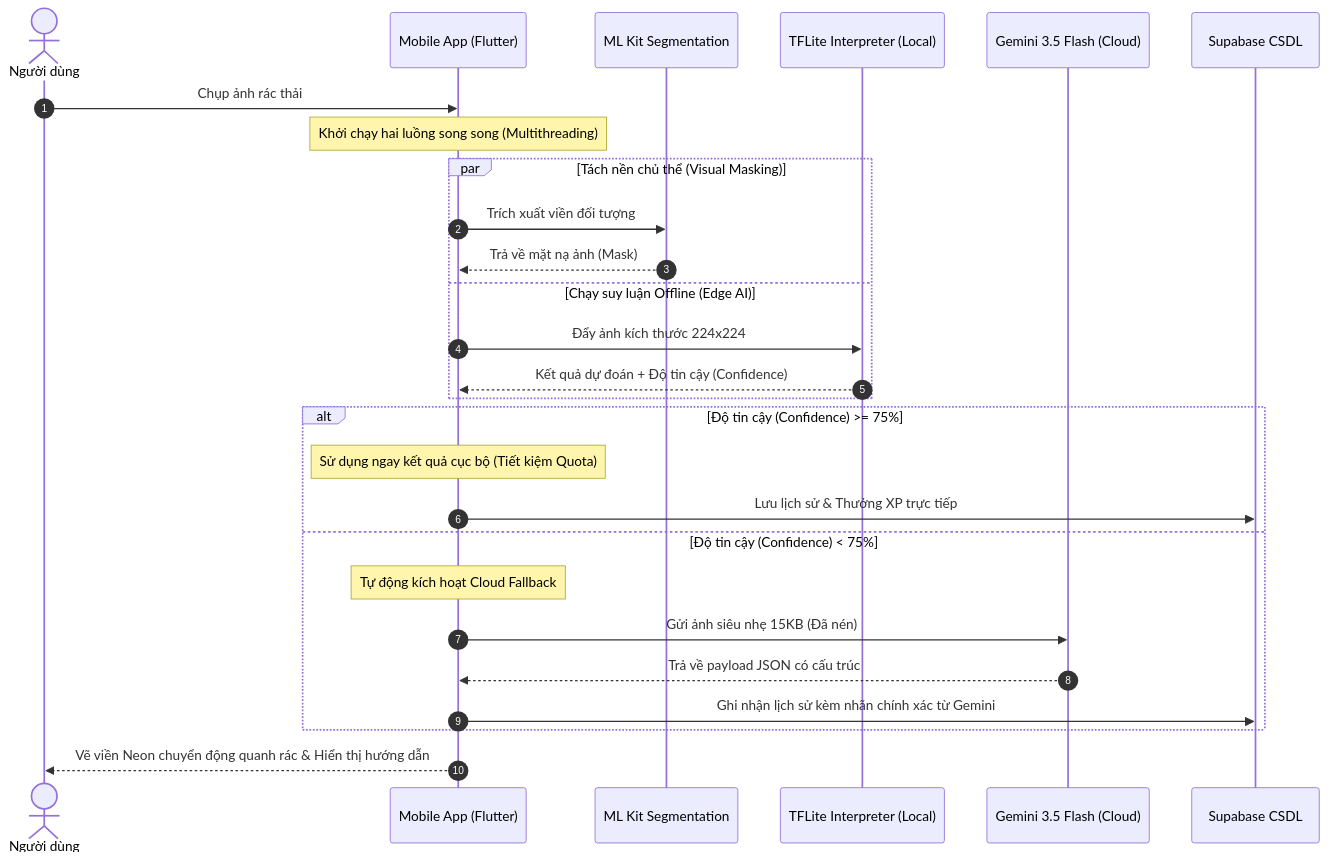
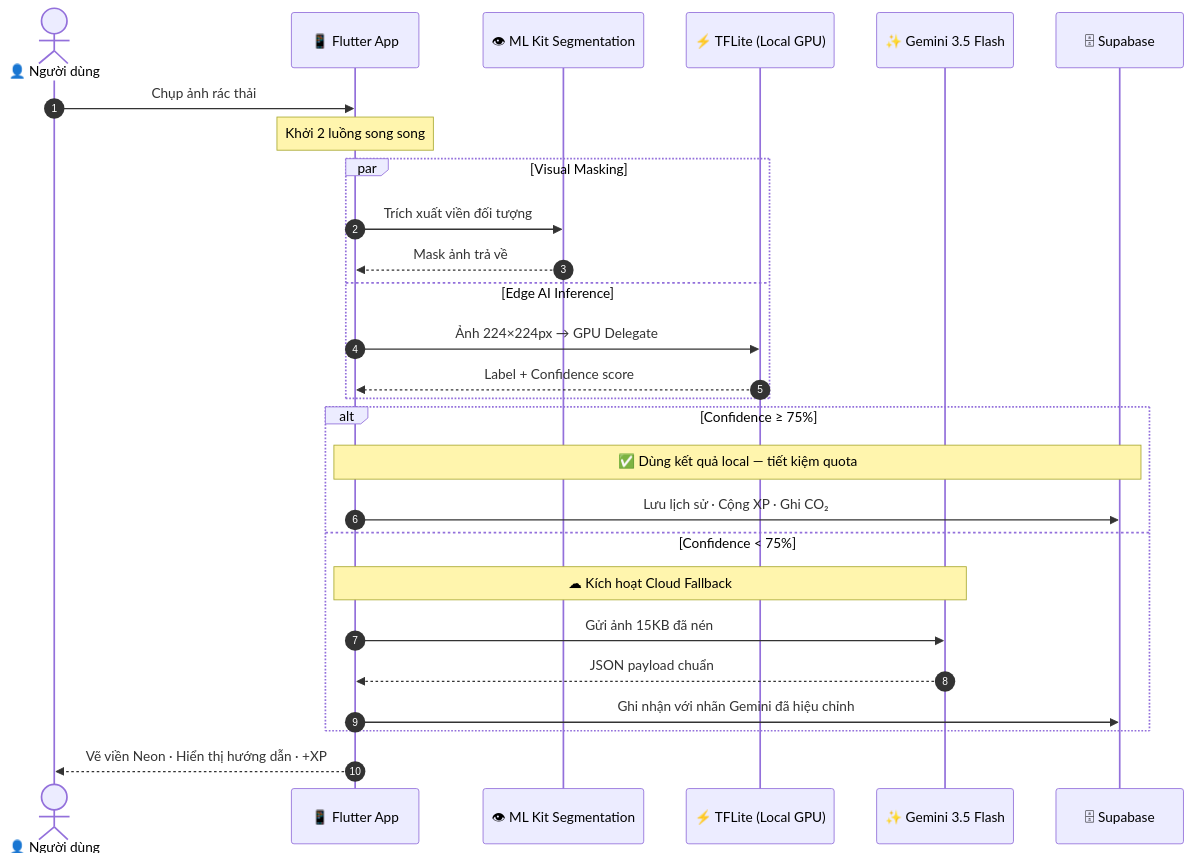
The first of 2 diagrams in README.md (gbao86/AI_Garbage_Classification_Application), drawn with Mermaid before and after one commit. The commit also changed other lines of this file, not shown here.

````diff
--- a/README.md
+++ b/README.md
@@ -28,32 +38,33 @@
 ```mermaid
 sequenceDiagram
     autonumber
-    actor User as Người dùng
-    participant App as Mobile App (Flutter)
-    participant ML as ML Kit Segmentation
-    participant TF as TFLite Interpreter (Local)
-    participant API as Gemini 3.5 Flash (Cloud)
-    participant DB as Supabase CSDL
+    actor User as 👤 Người dùng
+    participant App as 📱 Flutter App
+    participant ML  as 👁 ML Kit Segmentation
+    participant TF  as ⚡ TFLite (Local GPU)
+    participant API as ✨ Gemini 3.5 Flash
+    participant DB  as 🗄 Supabase
 
     User->>App: Chụp ảnh rác thải
-    Note over App: Khởi chạy hai luồng song song (Multithreading)
-    par Tách nền chủ thể (Visual Masking)
+    Note over App: Khởi 2 luồng song song
+
+    par Visual Masking
         App->>ML: Trích xuất viền đối tượng
-        ML-->>App: Trả về mặt nạ ảnh (Mask)
-    and Chạy suy luận Offline (Edge AI)
-        App->>TF: Đẩy ảnh kích thước 224x224
-        TF-->>App: Kết quả dự đoán + Độ tin cậy (Confidence)
+        ML-->>App: Mask ảnh trả về
+    and Edge AI Inference
+        App->>TF: Ảnh 224×224px → GPU Delegate
+        TF-->>App: Label + Confidence score
     end
-    
-    alt Độ tin cậy (Confidence) >= 75%
-        Note over App: Sử dụng ngay kết quả cục bộ (Tiết kiệm Quota)
-        App->>DB: Lưu lịch sử & Thưởng XP trực tiếp
-    else Độ tin cậy (Confidence) < 75%
-        Note over App: Tự động kích hoạt Cloud Fallback
-        App->>API: Gửi ảnh siêu nhẹ 15KB (Đã nén)
-        API-->>App: Trả về payload JSON có cấu trúc
-        App->>DB: Ghi nhận lịch sử kèm nhãn chính xác từ Gemini
+
+    alt Confidence ≥ 75%
+        Note over App,DB: ✅ Dùng kết quả local — tiết kiệm quota
+        App->>DB: Lưu lịch sử · Cộng XP · Ghi CO₂
+    else Confidence < 75%
+        Note over App,API: ☁ Kích hoạt Cloud Fallback
+        App->>API: Gửi ảnh 15KB đã nén
+        API-->>App: JSON payload chuẩn
+        App->>DB: Ghi nhận với nhãn Gemini đã hiệu chỉnh
     end
-    
-    App-->>User: Vẽ viền Neon chuyển động quanh rác & Hiển thị hướng dẫn
+
+    App-->>User: Vẽ viền Neon · Hiển thị hướng dẫn · +XP
 ```
````
